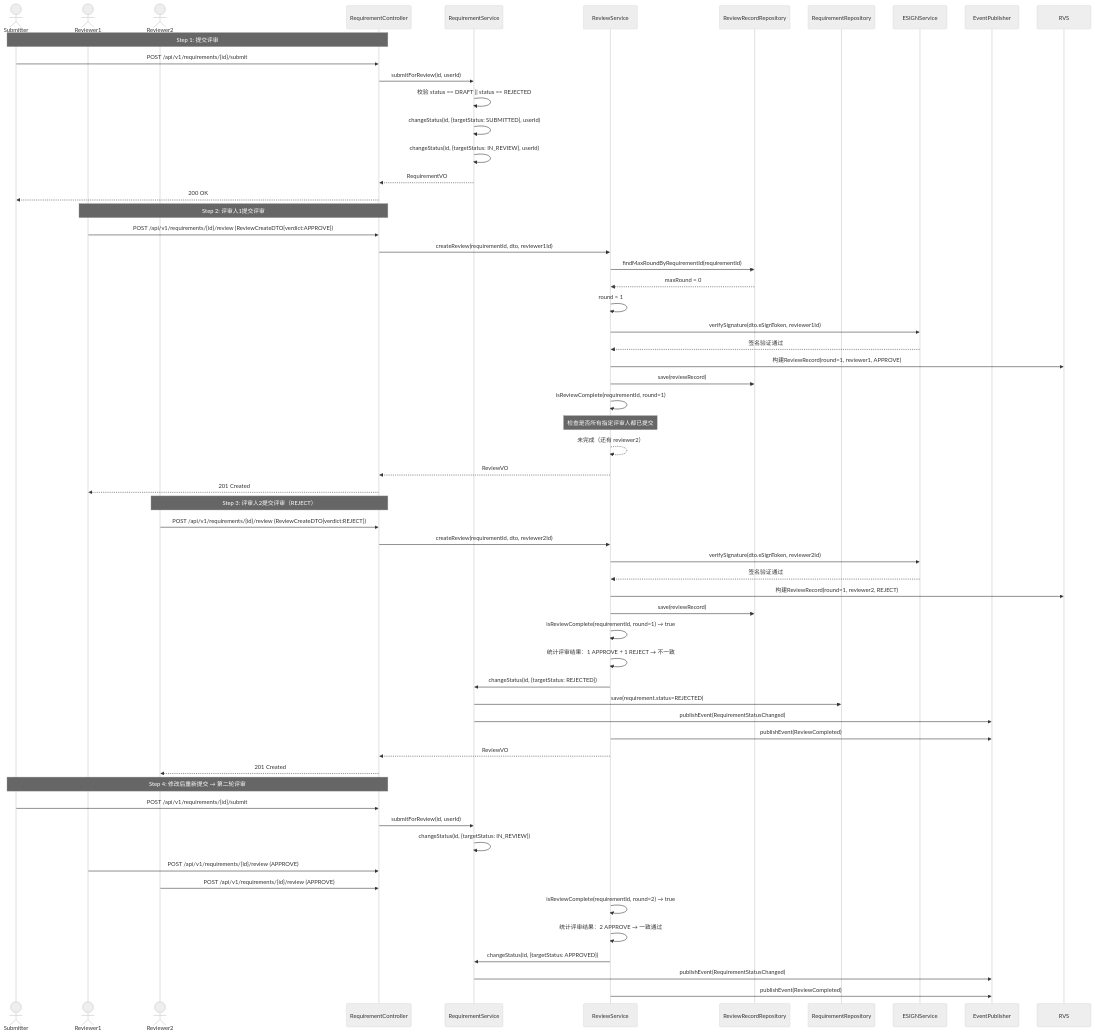
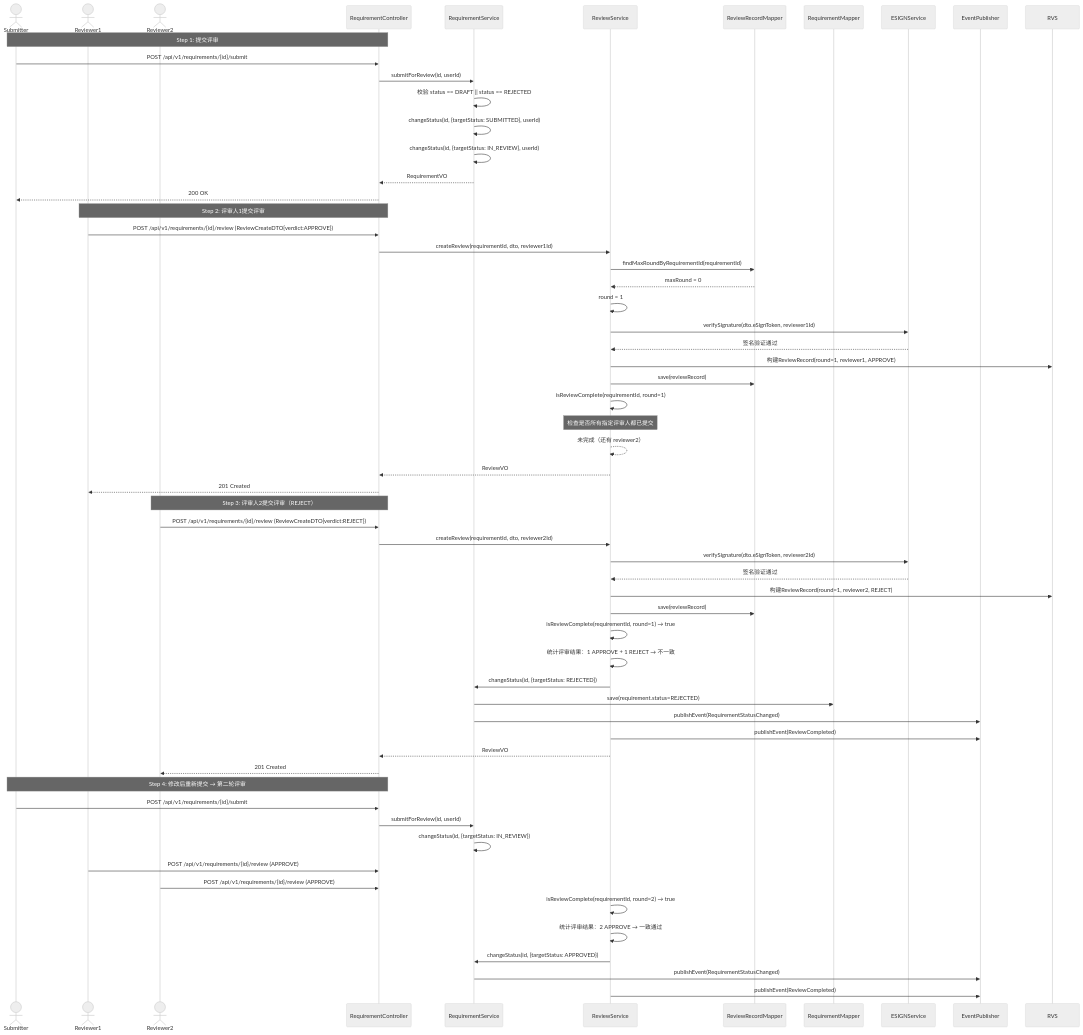
One commit to zhutao198/MED_RMS_PMS changed the fifth of 6 diagrams in Detailed/01-详细设计/req-mgr-详细设计.md. Above: the diagram before and after it, drawn with Mermaid (neutral theme). The commit also changed other lines of this file and 2 other files, not shown here.

Commit message:
R112: 类图Repository转Mapper + 任务转化章节 + PrCorrection/RequirementPool

````diff
--- a/Detailed/01-详细设计/req-mgr-详细设计.md
+++ b/Detailed/01-详细设计/req-mgr-详细设计.md
@@ -933,78 +963,78 @@
 ```mermaid
 sequenceDiagram
     actor Submitter
     actor Reviewer1
     actor Reviewer2
     participant RC as RequirementController
     participant RS as RequirementService
     participant RVWS as ReviewService
-    participant RVR as ReviewRecordRepository
-    participant RR as RequirementRepository
+    participant RVR as ReviewRecordMapper
+    participant RR as RequirementMapper
     participant ESS as ESIGNService
     participant EP as EventPublisher
 
     Note over Submitter,RC: Step 1: 提交评审
     Submitter->>RC: POST /api/v1/requirements/{id}/submit
     RC->>RS: submitForReview(id, userId)
     RS->>RS: 校验 status == DRAFT || status == REJECTED
     RS->>RS: changeStatus(id, {targetStatus: SUBMITTED}, userId)
     RS->>RS: changeStatus(id, {targetStatus: IN_REVIEW}, userId)
     RS-->>RC: RequirementVO
     RC-->>Submitter: 200 OK
 
     Note over Reviewer1,RC: Step 2: 评审人1提交评审
     Reviewer1->>RC: POST /api/v1/requirements/{id}/review (ReviewCreateDTO{verdict:APPROVE})
     RC->>RVWS: createReview(requirementId, dto, reviewer1Id)
 
     RVWS->>RVR: findMaxRoundByRequirementId(requirementId)
     RVR-->>RVWS: maxRound = 0
     RVWS->>RVWS: round = 1
 
     RVWS->>ESS: verifySignature(dto.eSignToken, reviewer1Id)
     ESS-->>RVWS: 签名验证通过
 
     RVWS->>RVS: 构建ReviewRecord(round=1, reviewer1, APPROVE)
     RVWS->>RVR: save(reviewRecord)
 
     RVWS->>RVWS: isReviewComplete(requirementId, round=1)
     Note over RVWS: 检查是否所有指定评审人都已提交
     RVWS-->>RVWS: 未完成（还有 reviewer2）
 
     RVWS-->>RC: ReviewVO
     RC-->>Reviewer1: 201 Created
 
     Note over Reviewer2,RC: Step 3: 评审人2提交评审（REJECT）
     Reviewer2->>RC: POST /api/v1/requirements/{id}/review (ReviewCreateDTO{verdict:REJECT})
     RC->>RVWS: createReview(requirementId, dto, reviewer2Id)
 
     RVWS->>ESS: verifySignature(dto.eSignToken, reviewer2Id)
     ESS-->>RVWS: 签名验证通过
 
     RVWS->>RVS: 构建ReviewRecord(round=1, reviewer2, REJECT)
     RVWS->>RVR: save(reviewRecord)
 
     RVWS->>RVWS: isReviewComplete(requirementId, round=1) → true
     RVWS->>RVWS: 统计评审结果：1 APPROVE + 1 REJECT → 不一致
     RVWS->>RS: changeStatus(id, {targetStatus: REJECTED})
     RS->>RR: save(requirement.status=REJECTED)
     RS->>EP: publishEvent(RequirementStatusChanged)
 
     RVWS->>EP: publishEvent(ReviewCompleted)
     RVWS-->>RC: ReviewVO
     RC-->>Reviewer2: 201 Created
 
     Note over Submitter,RC: Step 4: 修改后重新提交 → 第二轮评审
     Submitter->>RC: POST /api/v1/requirements/{id}/submit
     RC->>RS: submitForReview(id, userId)
     RS->>RS: changeStatus(id, {targetStatus: IN_REVIEW})
 
     Reviewer1->>RC: POST /api/v1/requirements/{id}/review (APPROVE)
     Reviewer2->>RC: POST /api/v1/requirements/{id}/review (APPROVE)
 
     RVWS->>RVWS: isReviewComplete(requirementId, round=2) → true
     RVWS->>RVWS: 统计评审结果：2 APPROVE → 一致通过
     RVWS->>RS: changeStatus(id, {targetStatus: APPROVED})
     RS->>EP: publishEvent(RequirementStatusChanged)
 
     RVWS->>EP: publishEvent(ReviewCompleted)
 ```
````
